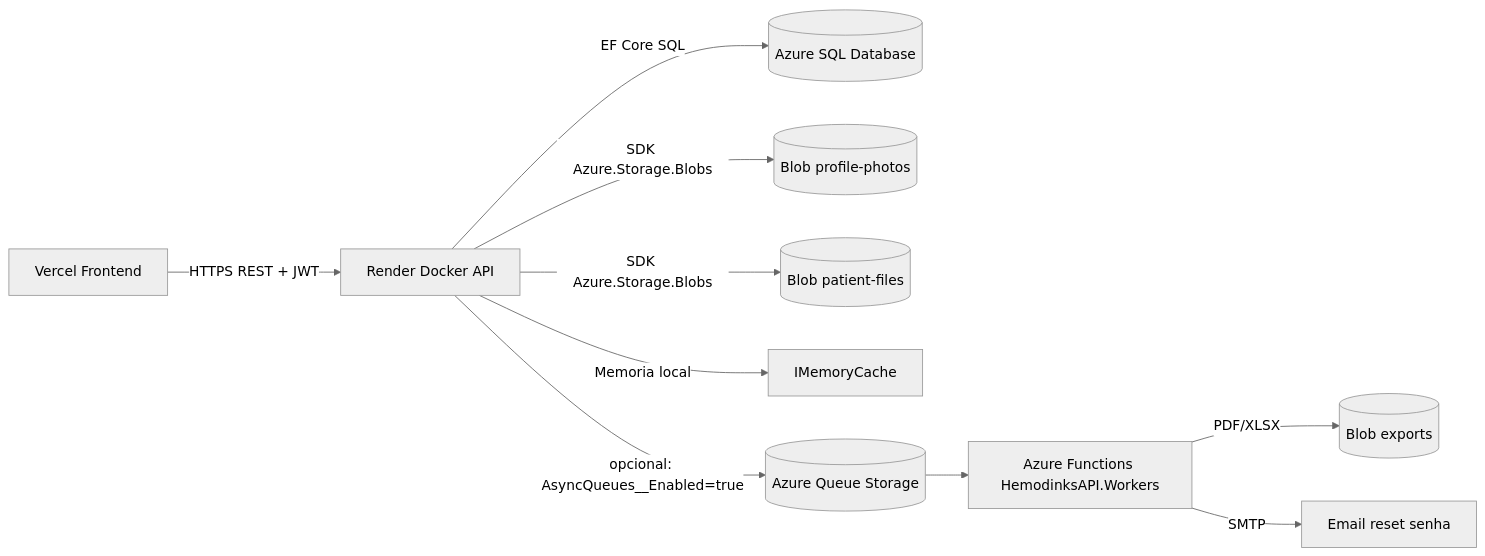
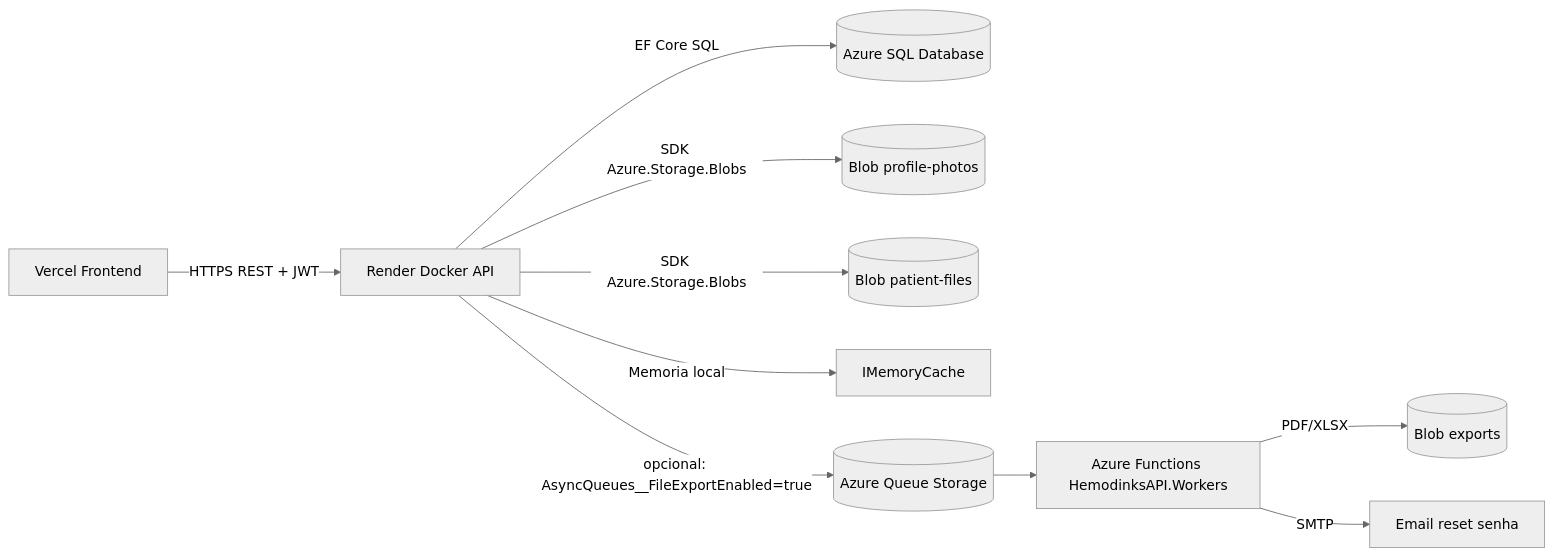
The eighth of 8 diagrams in docs/TECHNICAL_DOCUMENTATION.md (Hemodinks/hemodinks-api), drawn with Mermaid (neutral theme) before and after one commit. The commit also changed other lines of this file and 16 other files, not shown here.

````diff
--- a/docs/TECHNICAL_DOCUMENTATION.md
+++ b/docs/TECHNICAL_DOCUMENTATION.md
@@ -237,12 +237,12 @@
 ```mermaid
 flowchart LR
     Front[Vercel Frontend] -->|HTTPS REST + JWT| API[Render Docker API]
     API -->|EF Core SQL| AzureSql[(Azure SQL Database)]
     API -->|SDK Azure.Storage.Blobs| Photos[(Blob profile-photos)]
     API -->|SDK Azure.Storage.Blobs| Files[(Blob patient-files)]
     API -->|Memoria local| CbhpmCache[IMemoryCache]
-    API -->|opcional: AsyncQueues__Enabled=true| Queue[(Azure Queue Storage)]
+    API -->|opcional: AsyncQueues__FileExportEnabled=true| Queue[(Azure Queue Storage)]
     Queue --> Functions[Azure Functions HemodinksAPI.Workers]
     Functions -->|PDF/XLSX| ExportBlob[(Blob exports)]
     Functions -->|SMTP| Email[Email reset senha]
 ```
````
